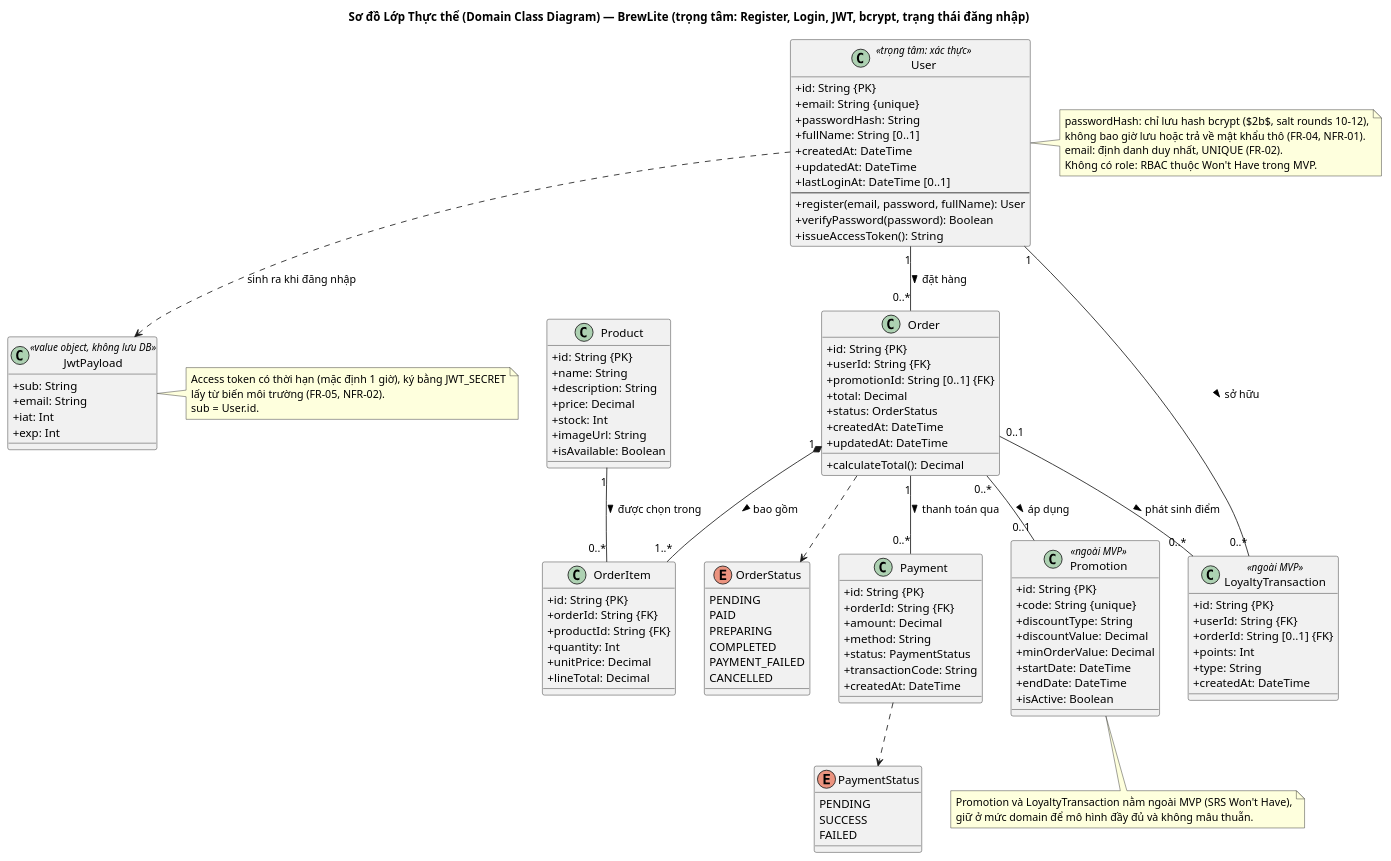
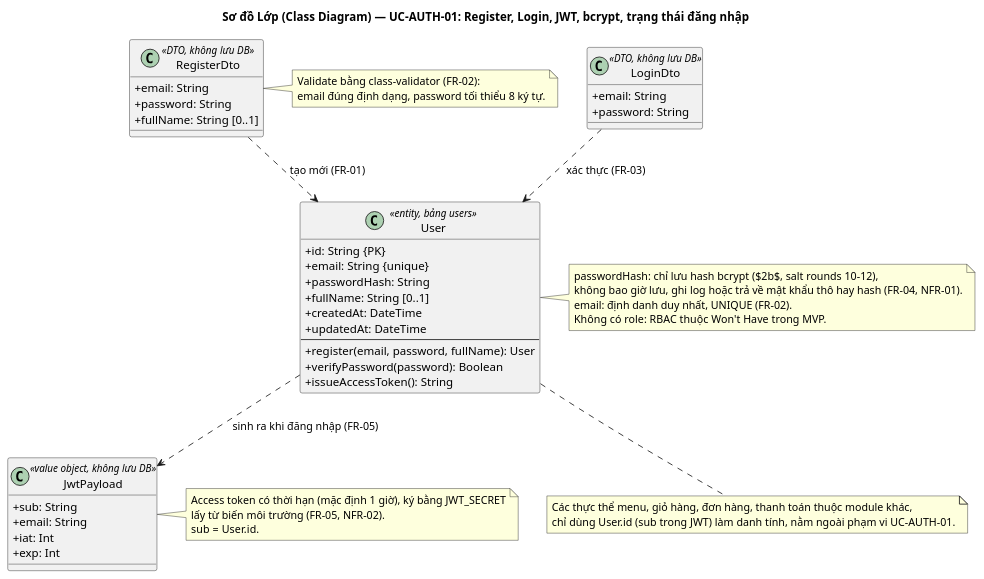
One commit to supergigachadsupreme300/brewlite2 changed the diagram in docs/diagrams/login/login-class-diagram.puml. Above: the diagram before and after it, drawn with PlantUML. The commit also changed 6 other files, not shown here.

Commit message:
update login usecase and diagram.svg

```diff
--- a/docs/diagrams/login/login-class-diagram.puml
+++ b/docs/diagrams/login/login-class-diagram.puml
@@ -1,133 +1,63 @@
 @startuml class
-title Sơ đồ Lớp Thực thể (Domain Class Diagram) — BrewLite (trọng tâm: Register, Login, JWT, bcrypt, trạng thái đăng nhập)
+title Sơ đồ Lớp (Class Diagram) — UC-AUTH-01: Register, Login, JWT, bcrypt, trạng thái đăng nhập
 
 skinparam classAttributeIconSize 0
 
-enum OrderStatus {
-  PENDING
-  PAID
-  PREPARING
-  COMPLETED
-  PAYMENT_FAILED
-  CANCELLED
-}
-
-enum PaymentStatus {
-  PENDING
-  SUCCESS
-  FAILED
-}
-
-class User <<trọng tâm: xác thực>> {
+class User <<entity, bảng users>> {
   +id: String {PK}
   +email: String {unique}
   +passwordHash: String
   +fullName: String [0..1]
   +createdAt: DateTime
   +updatedAt: DateTime
-  +lastLoginAt: DateTime [0..1]
   --
   +register(email, password, fullName): User
   +verifyPassword(password): Boolean
   +issueAccessToken(): String
+}
+
+class RegisterDto <<DTO, không lưu DB>> {
+  +email: String
+  +password: String
+  +fullName: String [0..1]
+}
+
+class LoginDto <<DTO, không lưu DB>> {
+  +email: String
+  +password: String
 }
 
 class JwtPayload <<value object, không lưu DB>> {
   +sub: String
   +email: String
   +iat: Int
   +exp: Int
 }
 
-class Product {
-  +id: String {PK}
-  +name: String
-  +description: String
-  +price: Decimal
-  +stock: Int
-  +imageUrl: String
-  +isAvailable: Boolean
-}
+RegisterDto ..> User : tạo mới (FR-01)
+LoginDto ..> User : xác thực (FR-03)
+User ..> JwtPayload : sinh ra khi đăng nhập (FR-05)
 
-class Order {
-  +id: String {PK}
-  +userId: String {FK}
-  +promotionId: String [0..1] {FK}
-  +total: Decimal
-  +status: OrderStatus
-  +createdAt: DateTime
-  +updatedAt: DateTime
-  +calculateTotal(): Decimal
-}
-
-class OrderItem {
-  +id: String {PK}
-  +orderId: String {FK}
-  +productId: String {FK}
-  +quantity: Int
-  +unitPrice: Decimal
-  +lineTotal: Decimal
-}
-
-class Payment {
-  +id: String {PK}
-  +orderId: String {FK}
-  +amount: Decimal
-  +method: String
-  +status: PaymentStatus
-  +transactionCode: String
-  +createdAt: DateTime
-}
-
-class Promotion <<ngoài MVP>> {
-  +id: String {PK}
-  +code: String {unique}
-  +discountType: String
-  +discountValue: Decimal
-  +minOrderValue: Decimal
-  +startDate: DateTime
-  +endDate: DateTime
-  +isActive: Boolean
-}
-
-class LoyaltyTransaction <<ngoài MVP>> {
-  +id: String {PK}
-  +userId: String {FK}
-  +orderId: String [0..1] {FK}
-  +points: Int
-  +type: String
-  +createdAt: DateTime
-}
-
-' Quan hệ giữa các lớp (multiplicity)
-User "1" -- "0..*" Order : đặt hàng >
-User "1" -- "0..*" LoyaltyTransaction : sở hữu >
-Order "1" *-- "1..*" OrderItem : bao gồm >
-Product "1" -- "0..*" OrderItem : được chọn trong >
-Order "1" -- "0..*" Payment : thanh toán qua >
-Order "0..*" -- "0..1" Promotion : áp dụng >
-Order "0..1" -- "0..*" LoyaltyTransaction : phát sinh điểm >
-
-' Quan hệ phụ thuộc và enum
-User ..> JwtPayload : sinh ra khi đăng nhập
-Order ..> OrderStatus
-Payment ..> PaymentStatus
+note right of RegisterDto
+  Validate bằng class-validator (FR-02):
+  email đúng định dạng, password tối thiểu 8 ký tự.
+end note
 
 note right of User
   passwordHash: chỉ lưu hash bcrypt ($2b$, salt rounds 10-12),
-  không bao giờ lưu hoặc trả về mật khẩu thô (FR-04, NFR-01).
+  không bao giờ lưu, ghi log hoặc trả về mật khẩu thô hay hash (FR-04, NFR-01).
   email: định danh duy nhất, UNIQUE (FR-02).
   Không có role: RBAC thuộc Won't Have trong MVP.
 end note
 
 note right of JwtPayload
   Access token có thời hạn (mặc định 1 giờ), ký bằng JWT_SECRET
   lấy từ biến môi trường (FR-05, NFR-02).
   sub = User.id.
 end note
 
-note bottom of Promotion
-  Promotion và LoyaltyTransaction nằm ngoài MVP (SRS Won't Have),
-  giữ ở mức domain để mô hình đầy đủ và không mâu thuẫn.
+note bottom of User
+  Các thực thể menu, giỏ hàng, đơn hàng, thanh toán thuộc module khác,
+  chỉ dùng User.id (sub trong JWT) làm danh tính, nằm ngoài phạm vi UC-AUTH-01.
 end note
 @enduml
```
